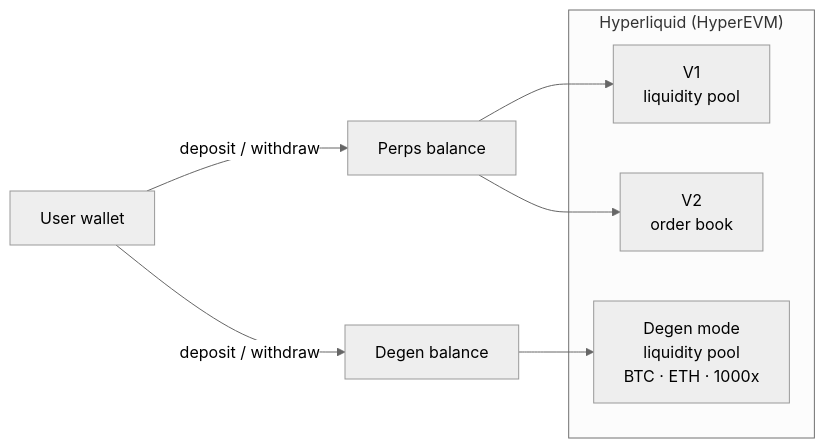
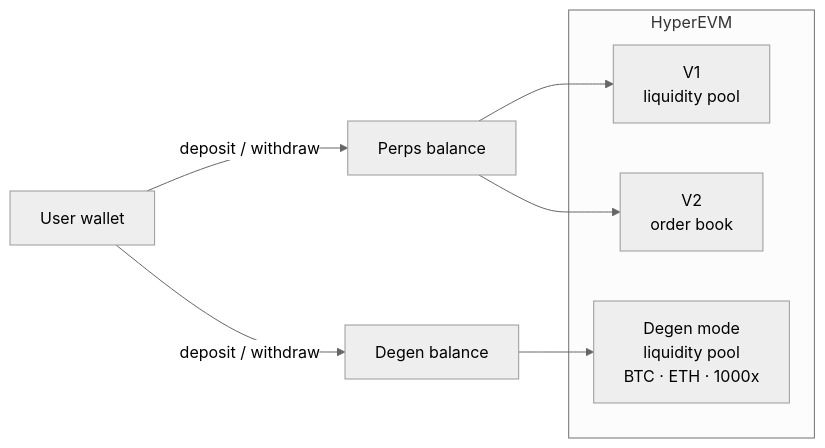
Before and after one commit to dyxy-io/perps: the diagram in README.md, drawn with Mermaid (neutral theme). The commit also changed other lines of this file and 3 other files, not shown here.

First line of the commit message:
Use HyperEVM instead of Hyperliquid

````diff
--- a/README.md
+++ b/README.md
@@ -38,16 +38,16 @@
 ```mermaid
 flowchart LR
     W["User wallet"]
     W -- deposit / withdraw --> PB["Perps balance"]
     W -- deposit / withdraw --> DB["Degen balance"]
 
-    subgraph HL["Hyperliquid (HyperEVM)"]
+    subgraph HL["HyperEVM"]
         V1["V1<br/>liquidity pool"]
         V2["V2<br/>order book"]
         DG["Degen mode<br/>liquidity pool<br/>BTC · ETH · 1000x"]
     end
 
     PB --> V1
     PB --> V2
     DB --> DG
 ```
````
